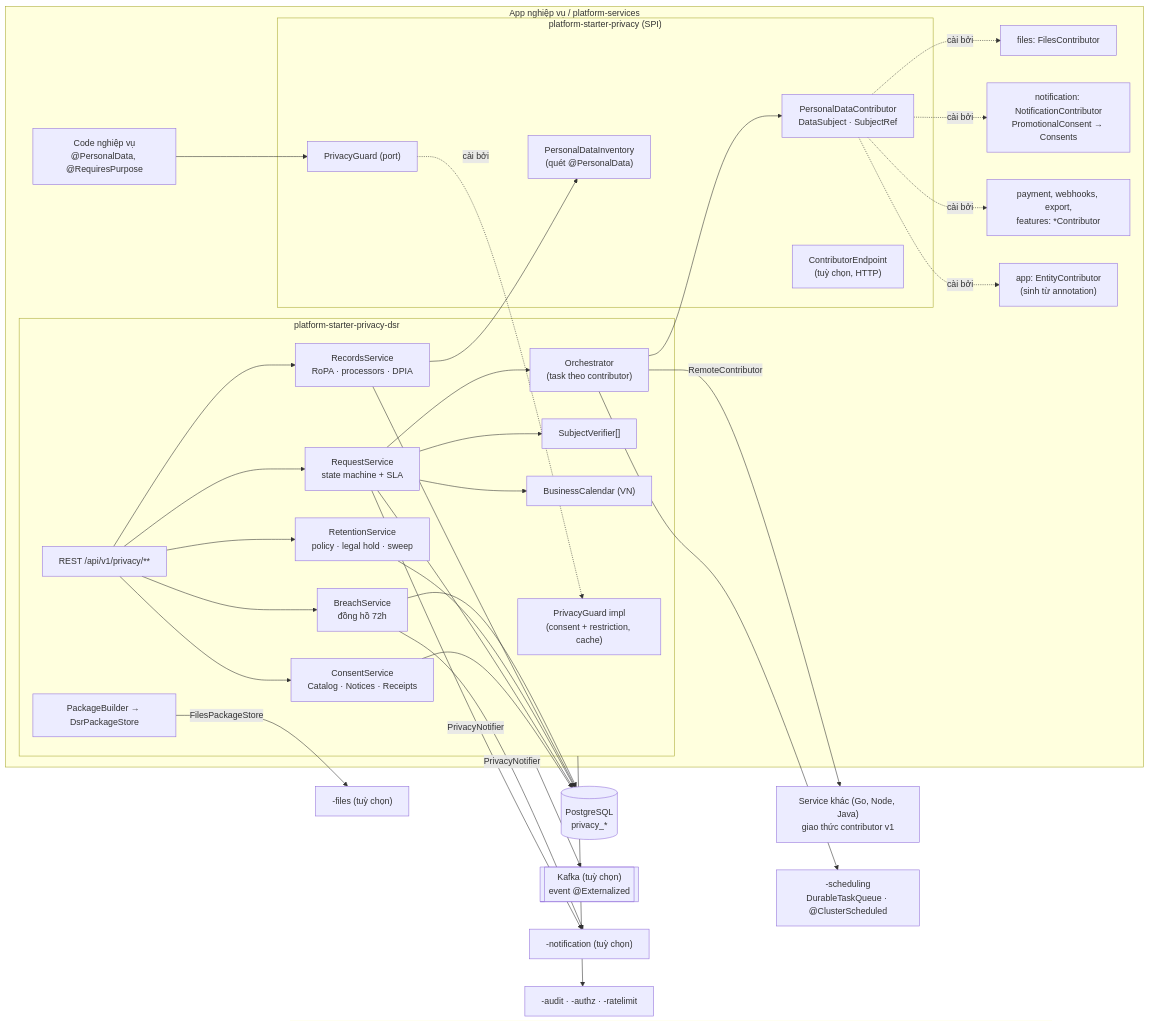
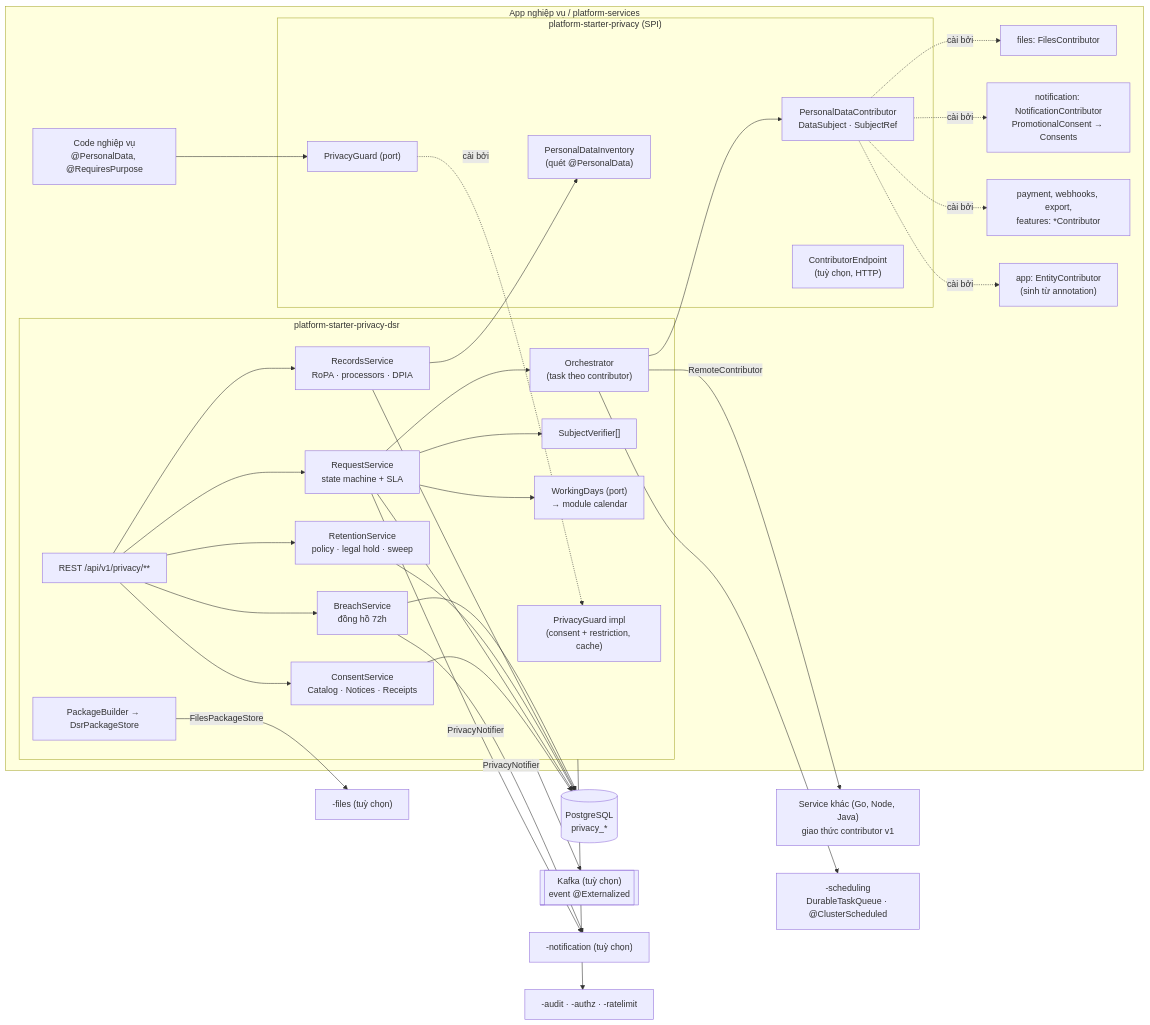
One commit to vyforge/.github changed the first of 8 diagrams in docs/design/privacy-dsr.md. Above: the diagram before and after it, drawn with Mermaid. The commit also changed other lines of this file, not shown here.

Commit message:
docs(design): privacy-dsr uses calendar for SLA, adds data residency, telemetry consent and tenant offboarding

````diff
--- a/docs/design/privacy-dsr.md
+++ b/docs/design/privacy-dsr.md
@@ -195,52 +202,52 @@
 ```mermaid
 flowchart LR
   subgraph APP["App nghiệp vụ / platform-services"]
     biz["Code nghiệp vụ<br/>@PersonalData, @RequiresPurpose"]
     subgraph CORE["platform-starter-privacy (SPI)"]
       spi["PersonalDataContributor<br/>DataSubject · SubjectRef"]
       guard["PrivacyGuard (port)"]
       inv["PersonalDataInventory<br/>(quét @PersonalData)"]
       cep["ContributorEndpoint<br/>(tuỳ chọn, HTTP)"]
     end
     subgraph DSR["platform-starter-privacy-dsr"]
       cons["ConsentService<br/>Catalog · Notices · Receipts"]
       req["RequestService<br/>state machine + SLA"]
       orch["Orchestrator<br/>(task theo contributor)"]
       ver["SubjectVerifier[]"]
       pkg["PackageBuilder → DsrPackageStore"]
       ret["RetentionService<br/>policy · legal hold · sweep"]
       rec["RecordsService<br/>RoPA · processors · DPIA"]
       brc["BreachService<br/>đồng hồ 72h"]
-      cal["BusinessCalendar (VN)"]
+      cal["WorkingDays (port)<br/>→ module calendar"]
       api["REST /api/v1/privacy/**"]
       gimpl["PrivacyGuard impl<br/>(consent + restriction, cache)"]
     end
     c1["files: FilesContributor"]
     c2["notification: NotificationContributor<br/>PromotionalConsent → Consents"]
     c3["payment, webhooks, export,<br/>features: *Contributor"]
     c4["app: EntityContributor<br/>(sinh từ annotation)"]
   end
   remote["Service khác (Go, Node, Java)<br/>giao thức contributor v1"]
   sched["-scheduling<br/>DurableTaskQueue · @ClusterScheduled"]
   pg[("PostgreSQL<br/>privacy_*")]
   kafka[["Kafka (tuỳ chọn)<br/>event @Externalized"]]
   notif["-notification (tuỳ chọn)"]
   files["-files (tuỳ chọn)"]
   audit["-audit · -authz · -ratelimit"]
 
   biz --> guard
   guard -.cài bởi.-> gimpl
   cons & req & ret & rec & brc --> pg
   req --> orch --> sched
   orch --> spi
   spi -.cài bởi.-> c1 & c2 & c3 & c4
   orch -->|RemoteContributor| remote
   pkg -->|FilesPackageStore| files
   req & brc -->|PrivacyNotifier| notif
   req --> ver
   req --> cal
   rec --> inv
   DSR --> audit
   DSR --> kafka
   api --> cons & req & ret & rec & brc
 ```
````
